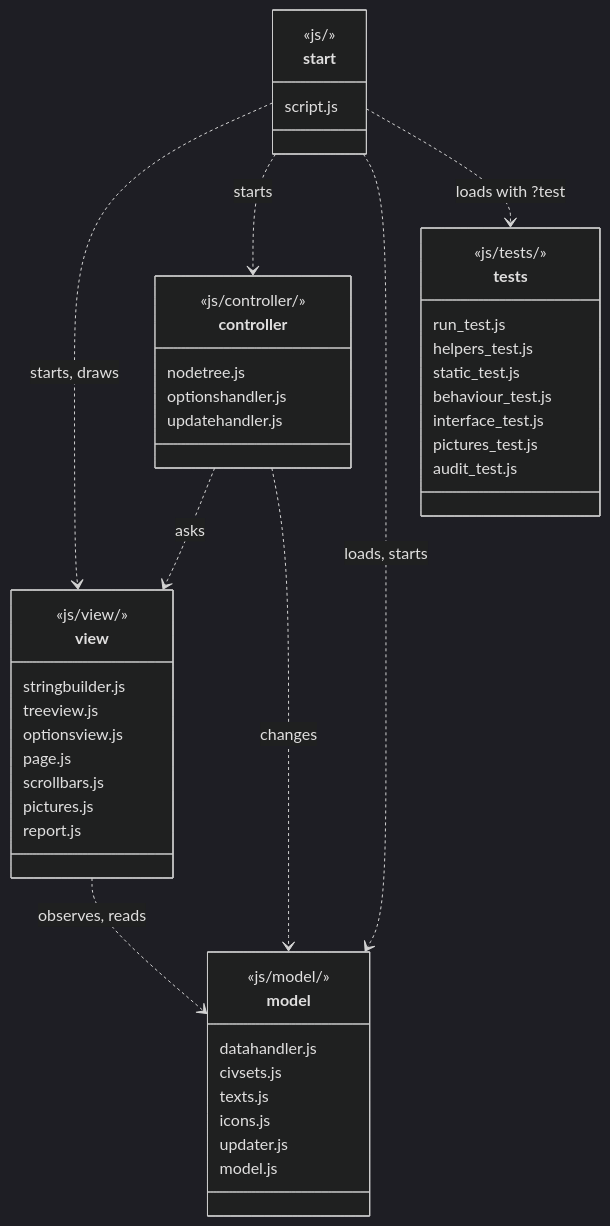
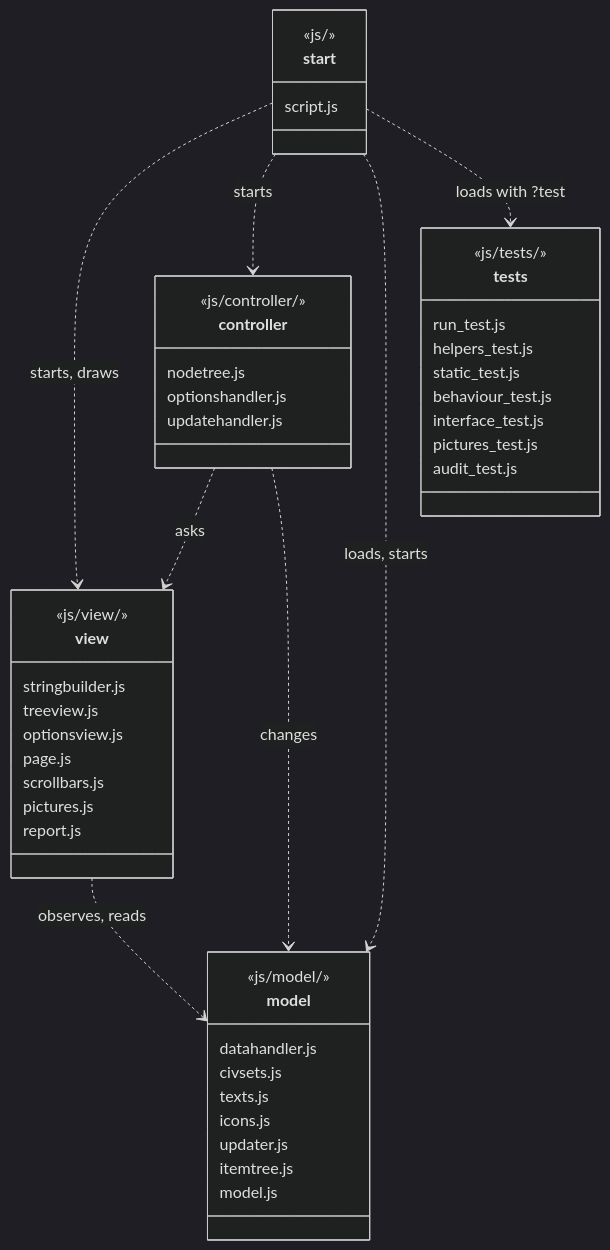
One commit to cnordenb/civexplorer.net changed the diagram in documentation/MAINTAINER.md. Above: the diagram before and after it, drawn with Mermaid (dark theme). The commit also changed other lines of this file and 35 other files, not shown here.

````diff
--- a/documentation/MAINTAINER.md
+++ b/documentation/MAINTAINER.md
@@ -142,50 +142,51 @@
 ```mermaid
 classDiagram
   direction TB
   class start {
     <<js/>>
     script.js
   }
   class controller {
     <<js/controller/>>
     nodetree.js
     optionshandler.js
     updatehandler.js
   }
   class view {
     <<js/view/>>
     stringbuilder.js
     treeview.js
     optionsview.js
     page.js
     scrollbars.js
     pictures.js
     report.js
   }
   class model {
     <<js/model/>>
     datahandler.js
     civsets.js
     texts.js
     icons.js
     updater.js
+    itemtree.js
     model.js
   }
   class tests {
     <<js/tests/>>
     run_test.js
     helpers_test.js
     static_test.js
     behaviour_test.js
     interface_test.js
     pictures_test.js
     audit_test.js
   }
   start ..> view : starts, draws
   start ..> controller : starts
   start ..> model : loads, starts
   controller ..> view : asks
   controller ..> model : changes
   view ..> model : observes, reads
   start ..> tests : loads with ?test
 ```
````
